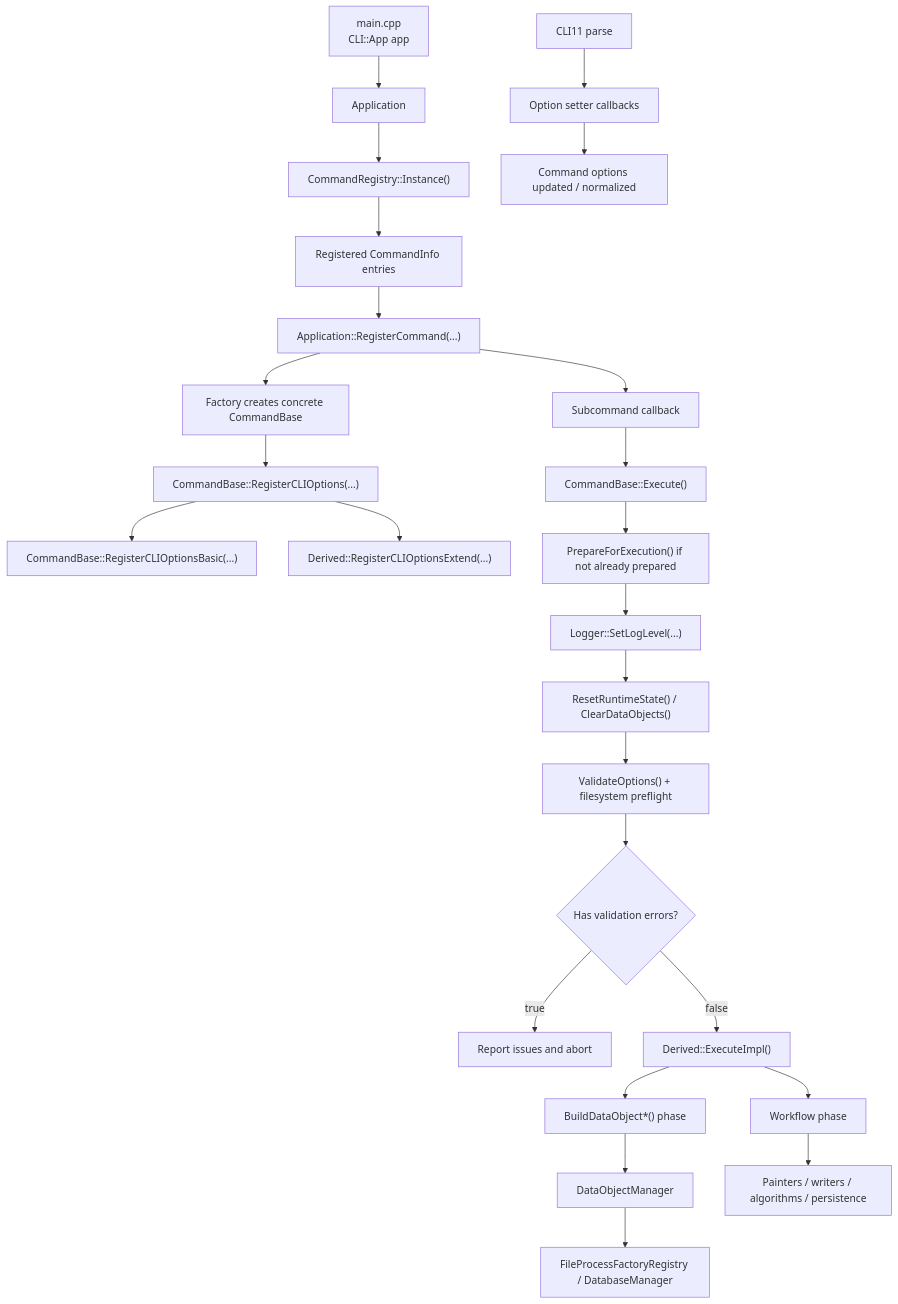
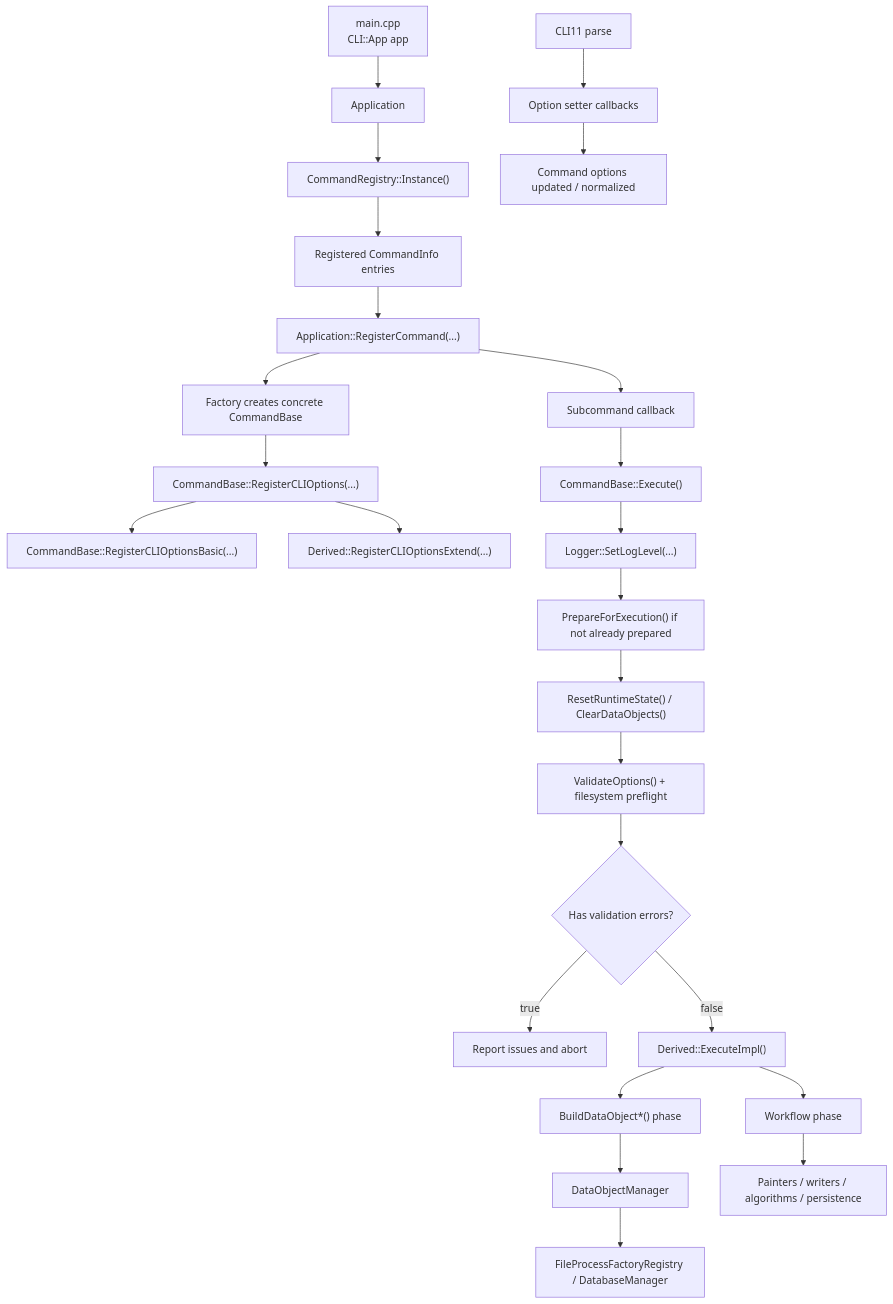
One commit to yslianTim/rhbm_gem changed the first of 2 diagrams in docs/developer/architecture/command-architecture.md. Above: the diagram before and after it, drawn with Mermaid. The commit also changed other lines of this file, not shown here.

````diff
--- a/docs/developer/architecture/command-architecture.md
+++ b/docs/developer/architecture/command-architecture.md
@@ -20,31 +20,31 @@
 ```mermaid
 flowchart TD
     A["main.cpp<br/>CLI::App app"] --> B["Application"]
     B --> C["CommandRegistry::Instance()"]
     C --> D["Registered CommandInfo entries"]
 
     D --> E["Application::RegisterCommand(...)"]
     E --> F["Factory creates concrete CommandBase"]
     F --> G["CommandBase::RegisterCLIOptions(...)"]
     G --> H["CommandBase::RegisterCLIOptionsBasic(...)"]
     G --> I["Derived::RegisterCLIOptionsExtend(...)"]
 
     J["CLI11 parse"] --> K["Option setter callbacks"]
     K --> L["Command options updated / normalized"]
 
     E --> M["Subcommand callback"]
     M --> N["CommandBase::Execute()"]
-    N --> O["PrepareForExecution() if not already prepared"]
-    O --> P["Logger::SetLogLevel(...)"]
+    N --> O["Logger::SetLogLevel(...)"]
+    O --> P["PrepareForExecution() if not already prepared"]
     P --> Q["ResetRuntimeState() / ClearDataObjects()"]
     Q --> R["ValidateOptions() + filesystem preflight"]
     R --> S{"Has validation errors?"}
     S -- true --> T["Report issues and abort"]
     S -- false --> U["Derived::ExecuteImpl()"]
 
     U --> V["BuildDataObject*() phase"]
     V --> W["DataObjectManager"]
     W --> X["FileProcessFactoryRegistry / DatabaseManager"]
     U --> Y["Workflow phase"]
     Y --> Z["Painters / writers / algorithms / persistence"]
 ```
````
